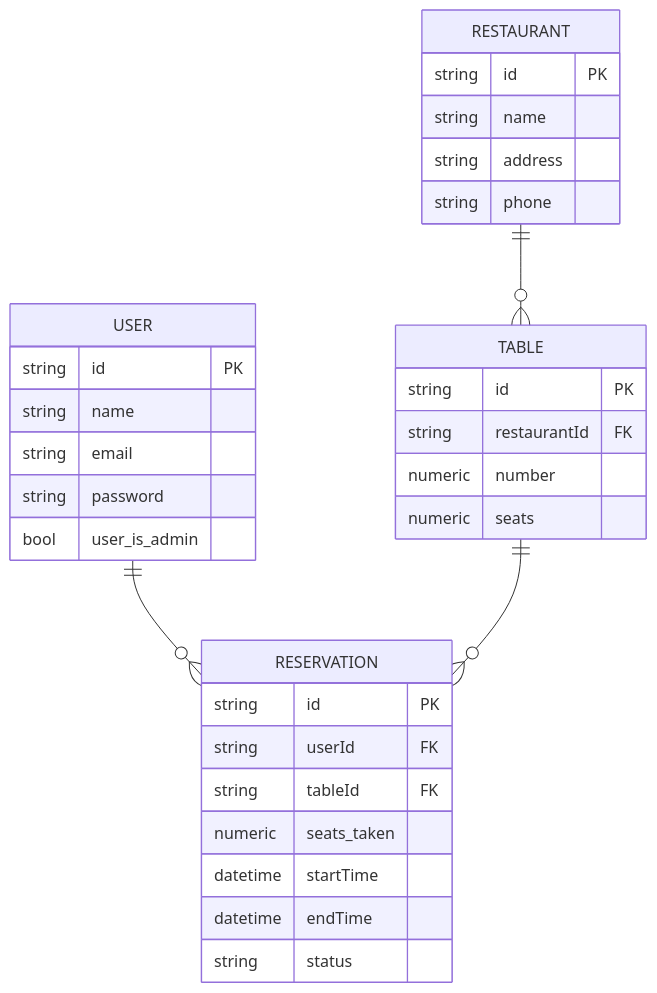
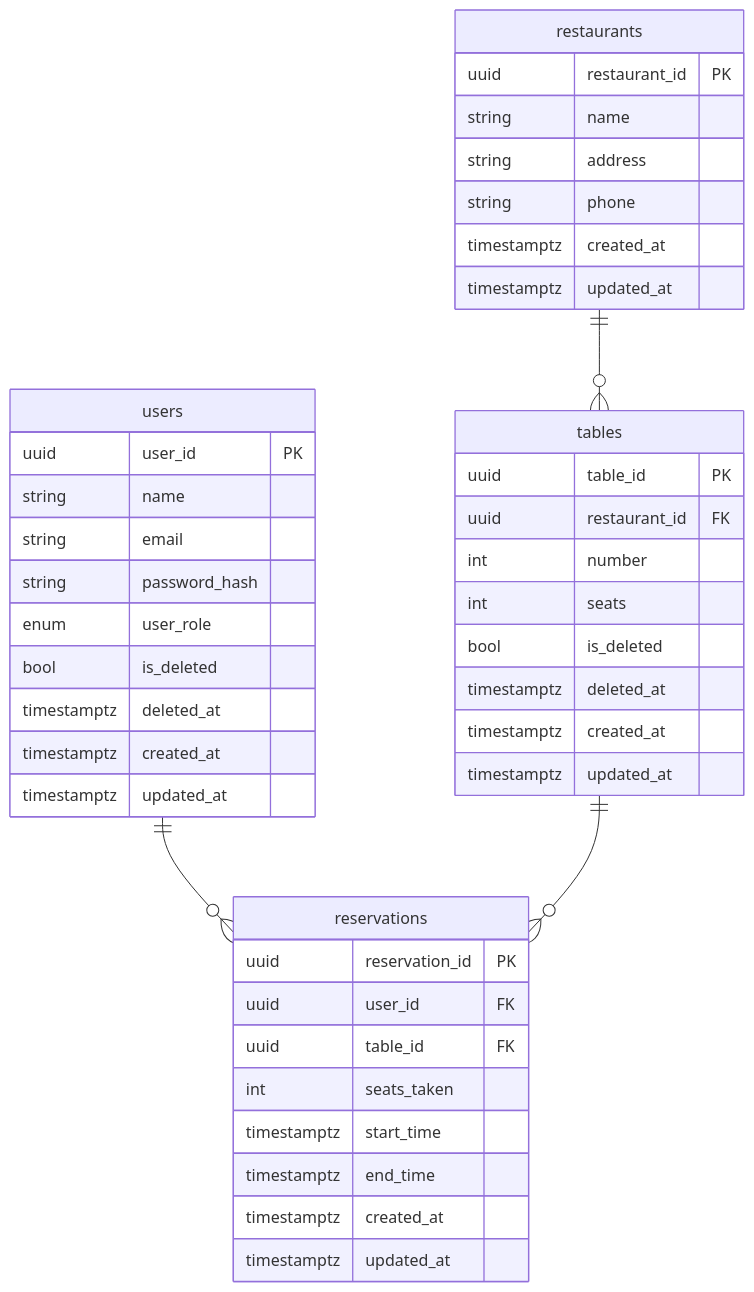
Before and after one commit to feywilddd/mean-table-scheduler: the diagram in doc/er-diagram.md, drawn with Mermaid. The commit also changed 2 other files, not shown here.

Commit message:
Modification du diagramme d'entité relation et ajout du script init.sql

````diff
--- a/doc/er-diagram.md
+++ b/doc/er-diagram.md
@@ -3,38 +3,45 @@
 ```mermaid
 erDiagram
-    USER {
-        string id PK
+    users {
+        uuid user_id PK
         string name
         string email
-        string password
-        bool user_is_admin
+        string password_hash
+        enum user_role
+        bool is_deleted
+        timestamptz deleted_at
+        timestamptz created_at
+        timestamptz updated_at
     }
-
-    RESTAURANT {
-        string id PK
+    restaurants {
+        uuid restaurant_id PK
         string name
         string address
         string phone
+        timestamptz created_at
+        timestamptz updated_at
     }
-
-    TABLE {
-        string id PK
-        string restaurantId FK
-        numeric number
-        numeric seats
+    tables {
+        uuid table_id PK
+        uuid restaurant_id FK
+        int number
+        int seats
+        bool is_deleted
+        timestamptz deleted_at
+        timestamptz created_at
+        timestamptz updated_at
     }
-
-    RESERVATION {
-        string id PK
-        string userId FK
-        string tableId FK
-        numeric seats_taken
-        datetime startTime
-        datetime endTime
-        string status
+    reservations {
+        uuid reservation_id PK
+        uuid user_id FK
+        uuid table_id FK
+        int seats_taken
+        timestamptz start_time
+        timestamptz end_time
+        timestamptz created_at
+        timestamptz updated_at
     }
-
-    USER ||--o{ RESERVATION : ""
-    RESTAURANT ||--o{ TABLE : ""
-    TABLE ||--o{ RESERVATION : ""
+    users ||--o{ reservations : ""
+    restaurants ||--o{ tables : ""
+    tables ||--o{ reservations : ""
 ```
````
